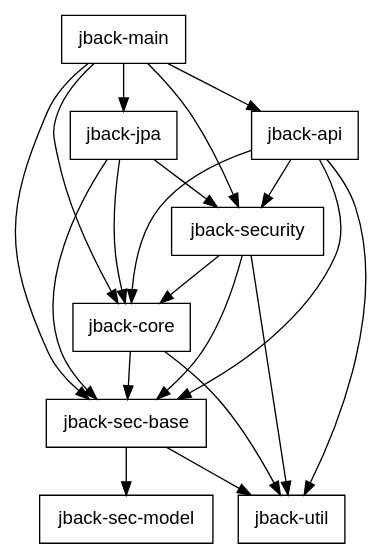
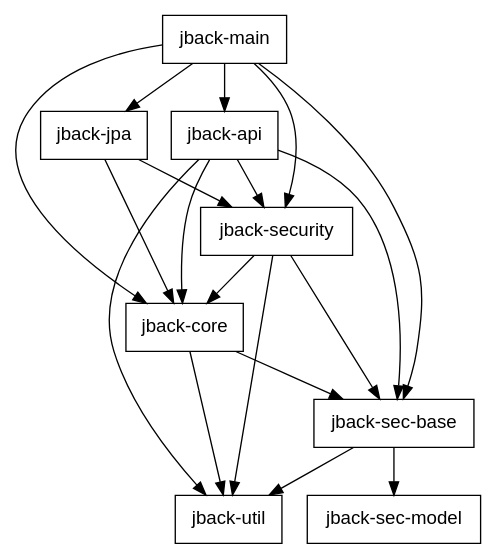
Before and after one commit to blaulaub/jback: the diagram in graphviz/module-dependencies.dot, drawn with Graphviz. The commit also changed 3 other files, not shown here.

Commit message:
resolve direct coupling from jpa to sec-base

```diff
--- a/graphviz/module-dependencies.dot
+++ b/graphviz/module-dependencies.dot
@@ -1,24 +1,23 @@
 digraph G {
 
   node [ shape="box", fontname="helvetica" ];
 
   "jback-main" -> "jback-api";
   "jback-main" -> "jback-core";
   "jback-main" -> "jback-jpa";
   "jback-main" -> "jback-sec-base";
   "jback-main" -> "jback-security";
   "jback-jpa" -> "jback-core";
-  "jback-jpa" -> "jback-sec-base";
   "jback-jpa" -> "jback-security";
   "jback-api" -> "jback-core";
   "jback-api" -> "jback-sec-base";
   "jback-api" -> "jback-security";
   "jback-api" -> "jback-util";
   "jback-security" -> "jback-core";
   "jback-security" -> "jback-sec-base";
   "jback-security" -> "jback-util";
   "jback-core" -> "jback-sec-base";
   "jback-core" -> "jback-util";
   "jback-sec-base" -> "jback-sec-model";
   "jback-sec-base" -> "jback-util";
 }
```
